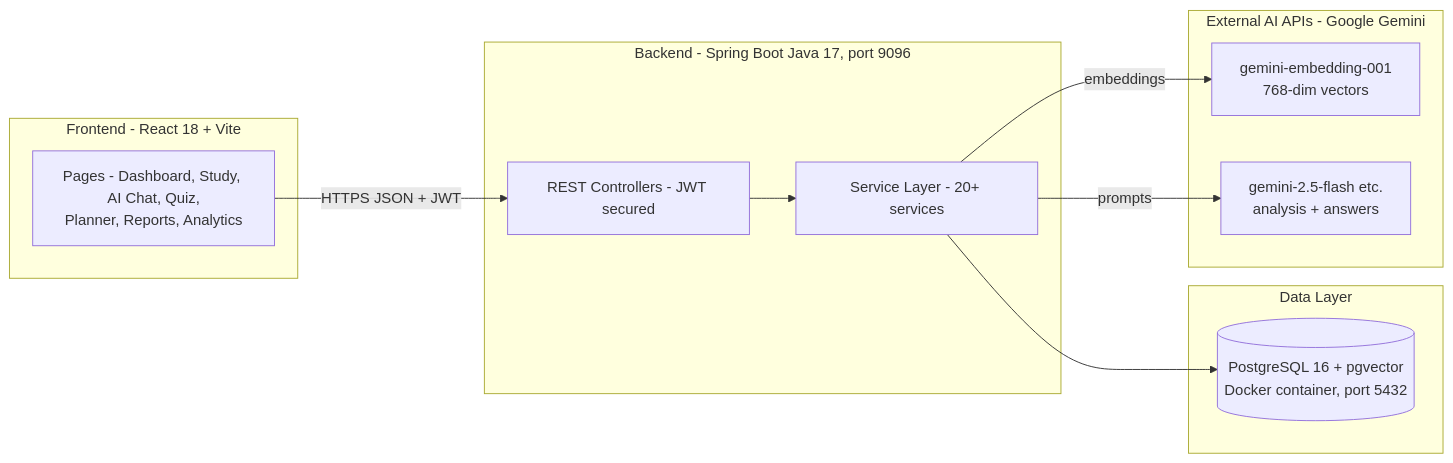
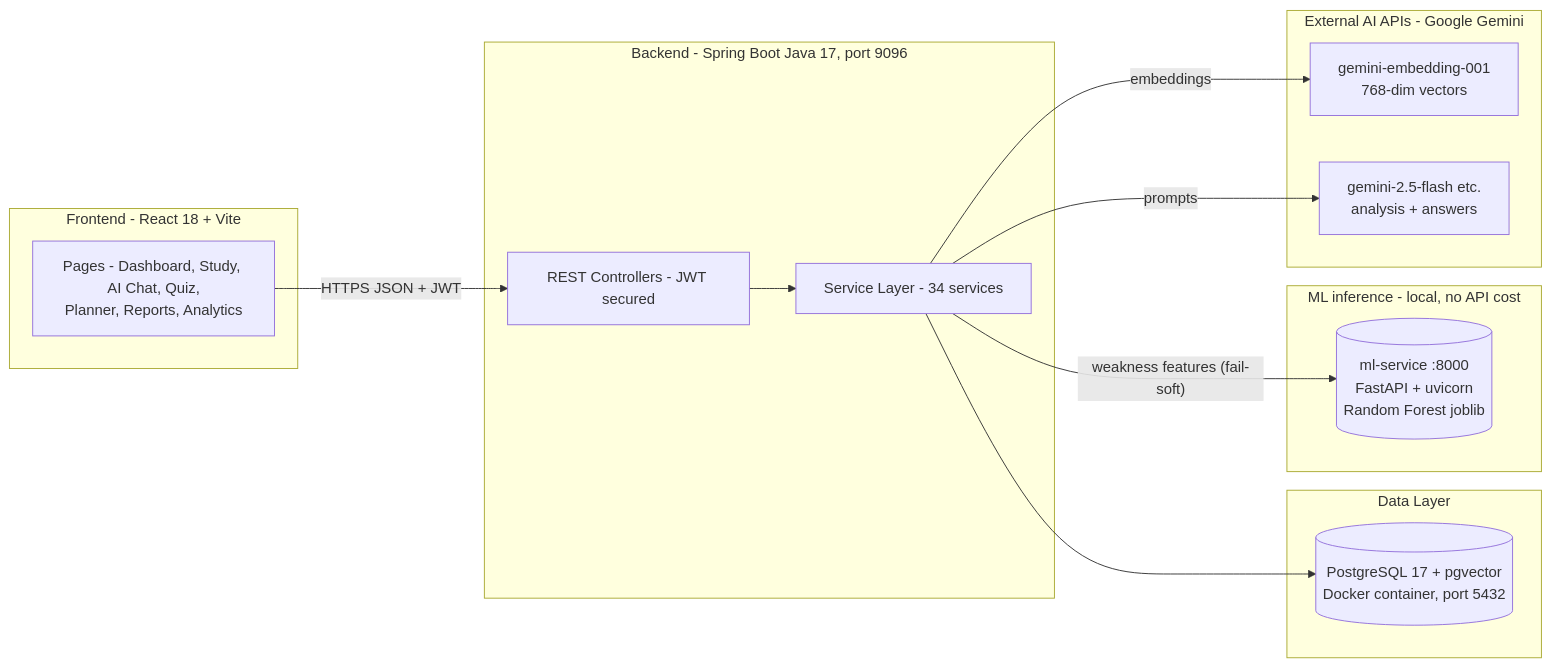
The first of 5 diagrams in docs/WORKFLOW.md (itsujwal11/aiStudyPlanner), drawn with Mermaid before and after one commit. The commit also changed other lines of this file and 20 other files, not shown here.

````diff
--- a/docs/WORKFLOW.md
+++ b/docs/WORKFLOW.md
@@ -14,25 +14,30 @@
 ```mermaid
 flowchart LR
     subgraph Client["Frontend - React 18 + Vite"]
         UI[Pages - Dashboard, Study, AI Chat, Quiz,<br/>Planner, Reports, Analytics]
     end
 
     subgraph Backend["Backend - Spring Boot Java 17, port 9096"]
         API[REST Controllers - JWT secured]
-        SVC[Service Layer - 20+ services]
+        SVC[Service Layer - 34 services]
     end
 
     subgraph Data["Data Layer"]
-        PG[("PostgreSQL 16 + pgvector<br/>Docker container, port 5432")]
+        PG[("PostgreSQL 17 + pgvector<br/>Docker container, port 5432")]
+    end
+
+    subgraph ML["ML inference - local, no API cost"]
+        RF[("ml-service :8000<br/>FastAPI + uvicorn<br/>Random Forest joblib")]
     end
 
     subgraph External["External AI APIs - Google Gemini"]
         EMB[gemini-embedding-001<br/>768-dim vectors]
         LLM[gemini-2.5-flash etc.<br/>analysis + answers]
     end
 
     UI -->|HTTPS JSON + JWT| API
     API --> SVC --> PG
+    SVC -->|"weakness features (fail-soft)"| RF
     SVC -->|embeddings| EMB
     SVC -->|prompts| LLM
 ```
````
